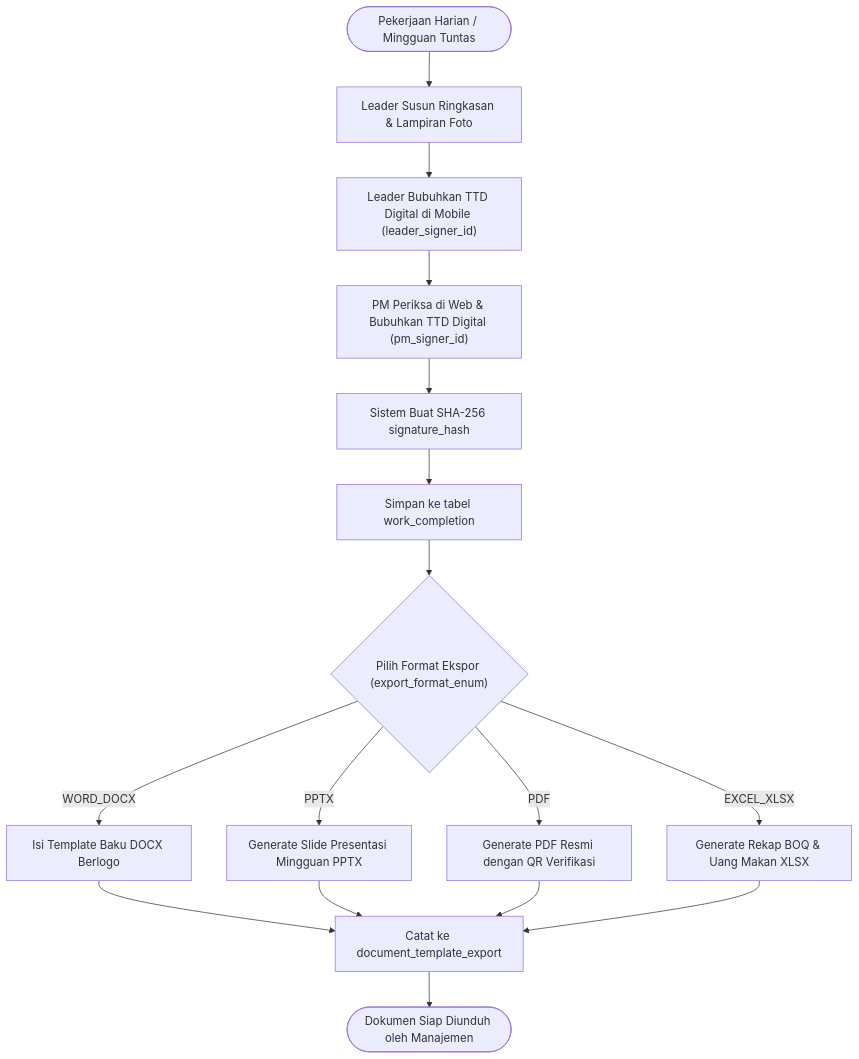
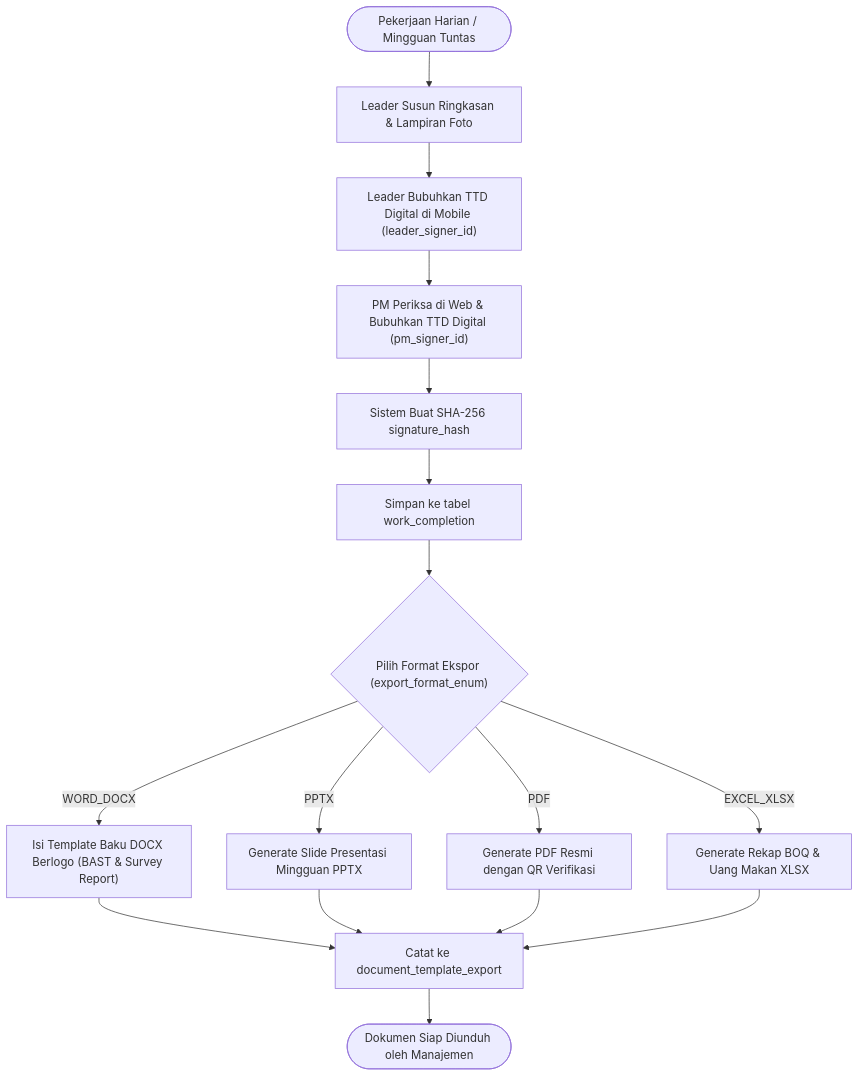
Before and after one commit to Visiontech-Indograha/visiontech-management-system: the eighth of 8 diagrams in docs/35-FLOWCHART-DAN-ALUR-BISNIS-V2.md, drawn with Mermaid. The commit also changed other lines of this file and 1 other file, not shown here.

````diff
--- a/docs/35-FLOWCHART-DAN-ALUR-BISNIS-V2.md
+++ b/docs/35-FLOWCHART-DAN-ALUR-BISNIS-V2.md
@@ -171,17 +184,17 @@
 ```mermaid
 flowchart TD
     WorkEnd(["Pekerjaan Harian / Mingguan Tuntas"]) --> LeaderDraft["Leader Susun Ringkasan & Lampiran Foto"]
     LeaderDraft --> LeaderSign["Leader Bubuhkan TTD Digital di Mobile (leader_signer_id)"]
     LeaderSign --> PMSign["PM Periksa di Web & Bubuhkan TTD Digital (pm_signer_id)"]
     PMSign --> GenHash["Sistem Buat SHA-256 signature_hash"]
     GenHash --> SaveComp["Simpan ke tabel work_completion"]
     
     SaveComp --> ExportChoice{"Pilih Format Ekspor (export_format_enum)"}
-    ExportChoice -- "WORD_DOCX" --> GenDocx["Isi Template Baku DOCX Berlogo"]
+    ExportChoice -- "WORD_DOCX" --> GenDocx["Isi Template Baku DOCX Berlogo (BAST & Survey Report)"]
     ExportChoice -- "PPTX" --> GenPptx["Generate Slide Presentasi Mingguan PPTX"]
     ExportChoice -- "PDF" --> GenPdf["Generate PDF Resmi dengan QR Verifikasi"]
     ExportChoice -- "EXCEL_XLSX" --> GenExcel["Generate Rekap BOQ & Uang Makan XLSX"]
     
     GenDocx & GenPptx & GenPdf & GenExcel --> SaveRegistry["Catat ke document_template_export"]
     SaveRegistry --> ReadyDownload(["Dokumen Siap Diunduh oleh Manajemen"])
 ```
````
